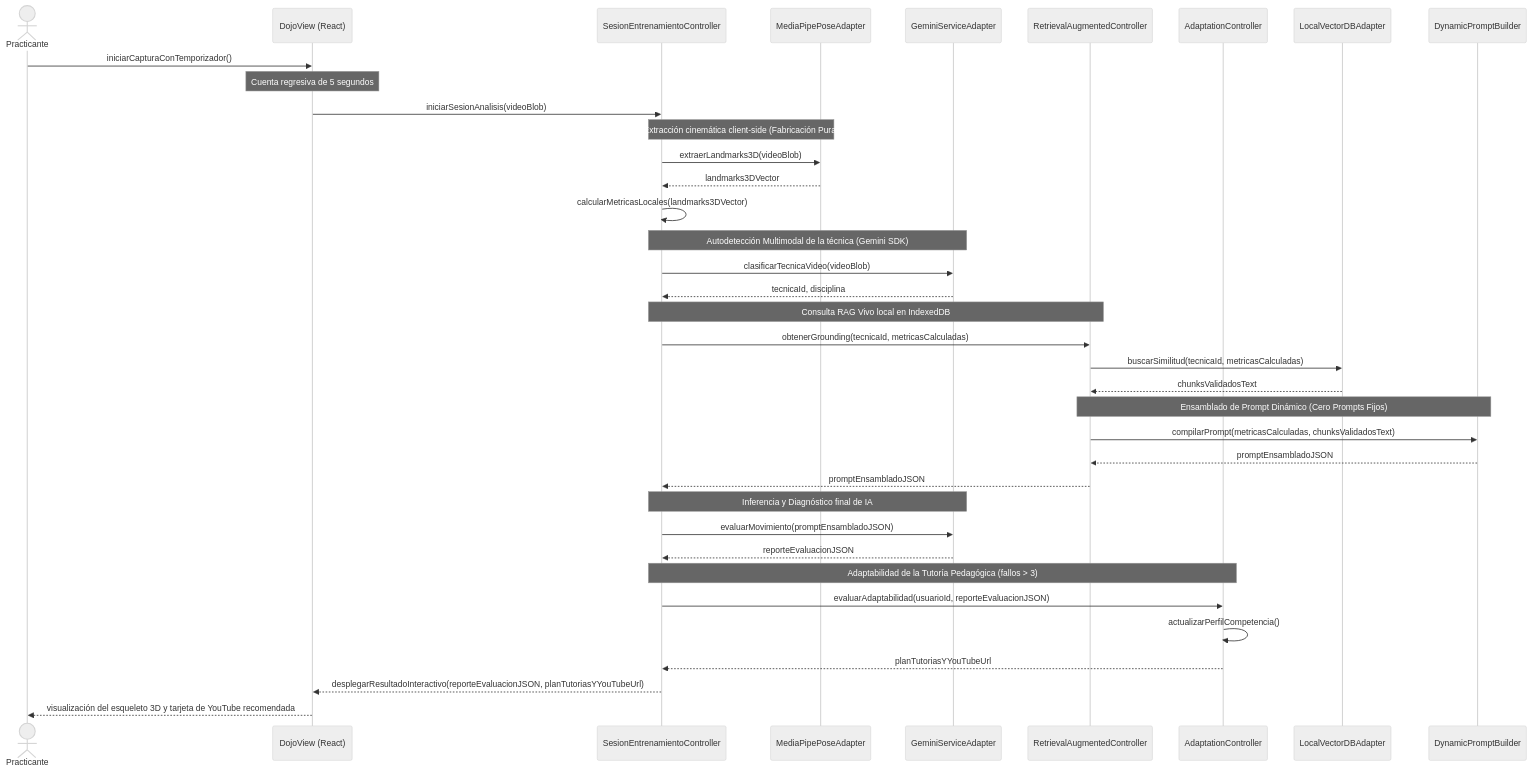
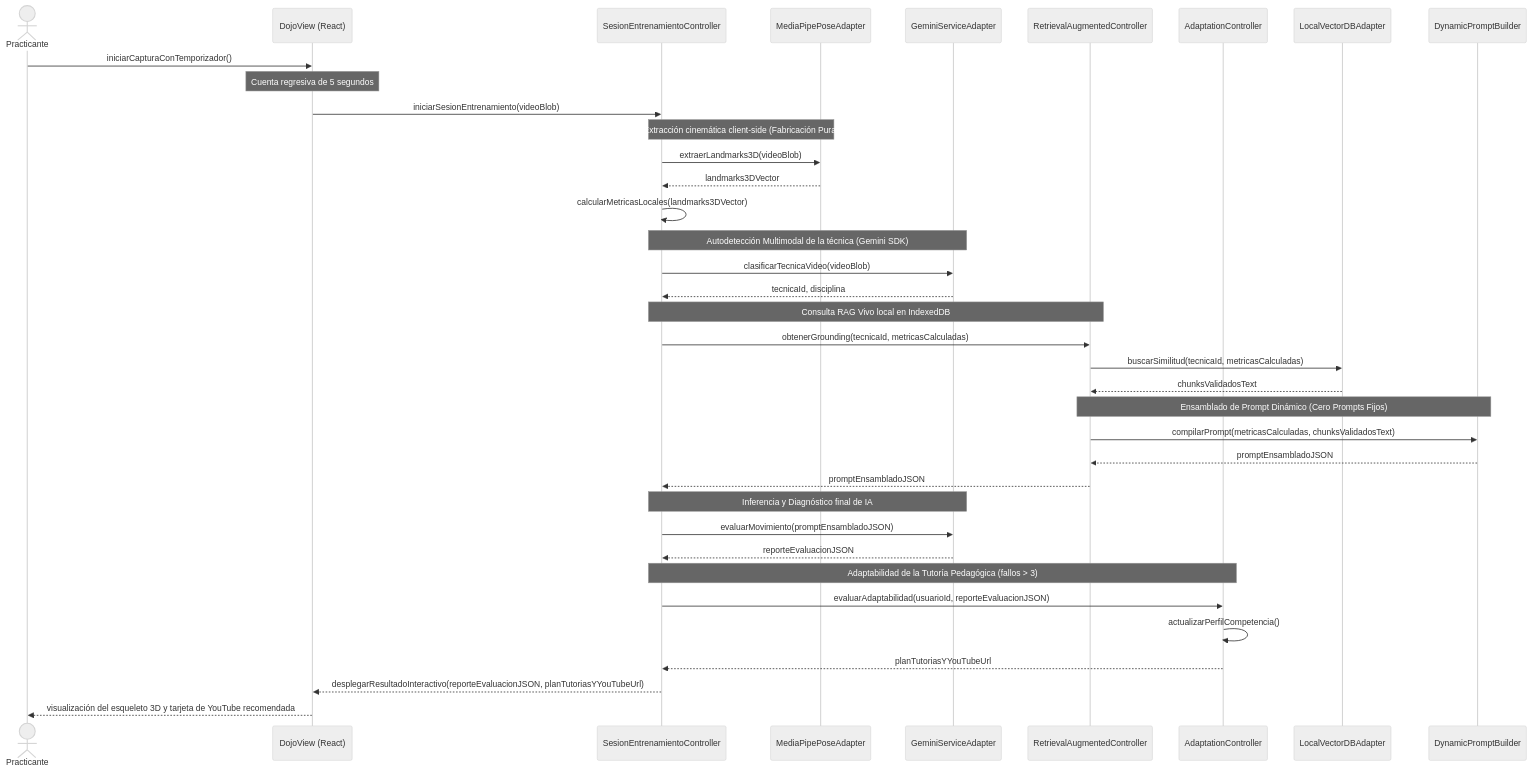
The eighth of 11 diagrams in README.md (Tsmrain/Documentacion), drawn with Mermaid (neutral theme) before and after one commit. The commit also changed other lines of this file, not shown here.

Commit message:
docs: update project structure, rename analysis entities to training sessions, and define new technical documentation schemas

````diff
--- a/README.md
+++ b/README.md
@@ -1173,47 +1181,47 @@
 ```mermaid
 sequenceDiagram
     actor Practicante
     participant UI as DojoView (React)
     participant SEC as SesionEntrenamientoController
     participant MPA as MediaPipePoseAdapter
     participant GSA as GeminiServiceAdapter
     participant RAC as RetrievalAugmentedController
     participant ADC as AdaptationController
     participant VDB as LocalVectorDBAdapter
     participant TPB as DynamicPromptBuilder
     
     Practicante->>UI: iniciarCapturaConTemporizador()
     Note over UI: Cuenta regresiva de 5 segundos
-    UI->>SEC: iniciarSesionAnalisis(videoBlob)
+    UI->>SEC: iniciarSesionEntrenamiento(videoBlob)
     
     Note over SEC,MPA: Extracción cinemática client-side (Fabricación Pura)
     SEC->>MPA: extraerLandmarks3D(videoBlob)
     MPA-->>SEC: landmarks3DVector
     SEC->>SEC: calcularMetricasLocales(landmarks3DVector)
     
     Note over SEC,GSA: Autodetección Multimodal de la técnica (Gemini SDK)
     SEC->>GSA: clasificarTecnicaVideo(videoBlob)
     GSA-->>SEC: tecnicaId, disciplina
     
     Note over SEC,RAC: Consulta RAG Vivo local en IndexedDB
     SEC->>RAC: obtenerGrounding(tecnicaId, metricasCalculadas)
     RAC->>VDB: buscarSimilitud(tecnicaId, metricasCalculadas)
     VDB-->>RAC: chunksValidadosText
     
     Note over RAC,TPB: Ensamblado de Prompt Dinámico (Cero Prompts Fijos)
     RAC->>TPB: compilarPrompt(metricasCalculadas, chunksValidadosText)
     TPB-->>RAC: promptEnsambladoJSON
     RAC-->>SEC: promptEnsambladoJSON
     
     Note over SEC,GSA: Inferencia y Diagnóstico final de IA
     SEC->>GSA: evaluarMovimiento(promptEnsambladoJSON)
     GSA-->>SEC: reporteEvaluacionJSON
     
     Note over SEC,ADC: Adaptabilidad de la Tutoría Pedagógica (fallos > 3)
     SEC->>ADC: evaluarAdaptabilidad(usuarioId, reporteEvaluacionJSON)
     ADC->>ADC: actualizarPerfilCompetencia()
     ADC-->>SEC: planTutoriasYYouTubeUrl
     
     SEC-->>UI: desplegarResultadoInteractivo(reporteEvaluacionJSON, planTutoriasYYouTubeUrl)
     UI-->>Practicante: visualización del esqueleto 3D y tarjeta de YouTube recomendada
 ```
````
